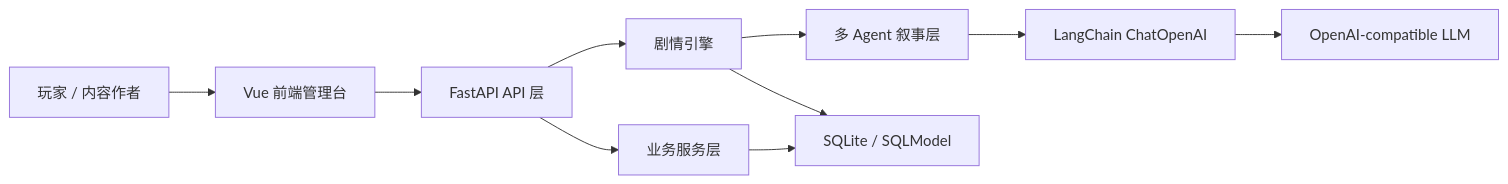
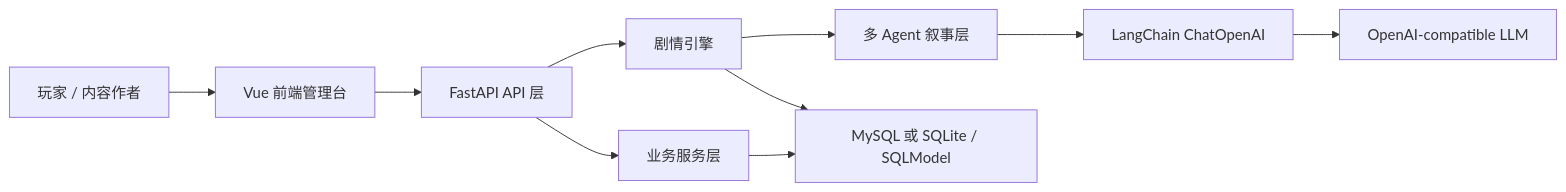
Before and after one commit to LiPeiCong60/WordGameByAI: the first of 4 diagrams in docs/项目说明书.md, drawn with Mermaid. The commit also changed other lines of this file and 5 other files, not shown here.

````diff
--- a/docs/项目说明书.md
+++ b/docs/项目说明书.md
@@ -57,12 +57,12 @@
 ```mermaid
 flowchart LR
     User["玩家 / 内容作者"] --> Frontend["Vue 前端管理台"]
     Frontend --> API["FastAPI API 层"]
     API --> Services["业务服务层"]
     API --> Engine["剧情引擎"]
     Engine --> Agents["多 Agent 叙事层"]
-    Services --> DB["SQLite / SQLModel"]
+    Services --> DB["MySQL 或 SQLite / SQLModel"]
     Engine --> DB
     Agents --> LangChain["LangChain ChatOpenAI"]
     LangChain --> LLM["OpenAI-compatible LLM"]
 ```
````
